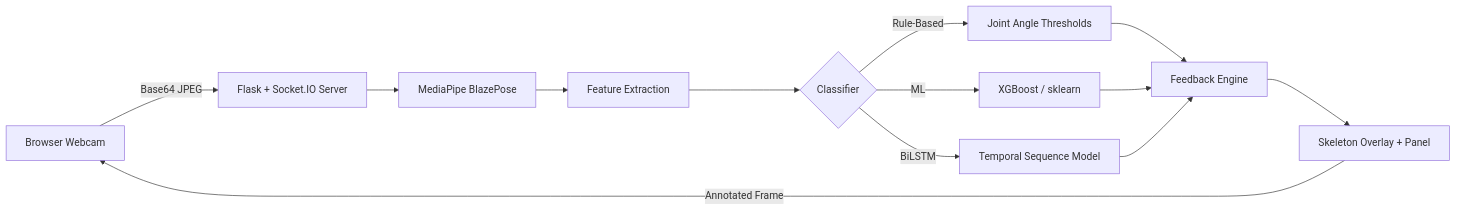
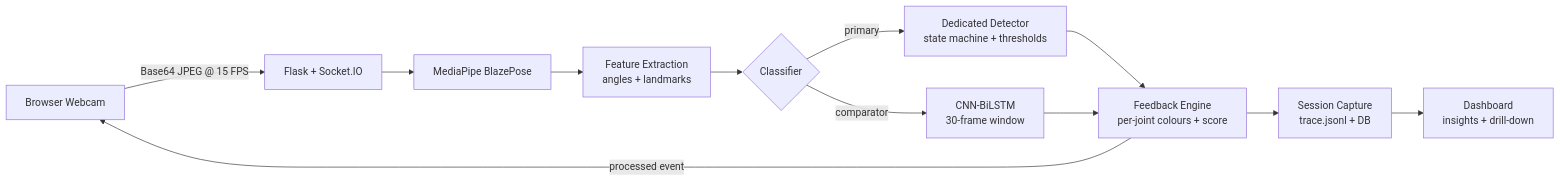
Before and after one commit to HamzaImdad/FYP_forma: the diagram in README.md, drawn with Mermaid. The commit also changed other lines of this file and 2 other files, not shown here.

````diff
--- a/README.md
+++ b/README.md
@@ -18,13 +19,13 @@
 ```mermaid
 graph LR
-    A[Browser Webcam] -->|Base64 JPEG| B[Flask + Socket.IO Server]
+    A[Browser Webcam] -->|Base64 JPEG @ 15 FPS| B[Flask + Socket.IO]
     B --> C[MediaPipe BlazePose]
-    C --> D[Feature Extraction]
+    C --> D[Feature Extraction<br/>angles + landmarks]
     D --> E{Classifier}
-    E -->|Rule-Based| F[Joint Angle Thresholds]
-    E -->|ML| G[XGBoost / sklearn]
-    E -->|BiLSTM| H[Temporal Sequence Model]
-    F & G & H --> I[Feedback Engine]
-    I --> J[Skeleton Overlay + Panel]
-    J -->|Annotated Frame| A
+    E -->|primary| F[Dedicated Detector<br/>state machine + thresholds]
+    E -->|comparator| G[CNN-BiLSTM<br/>30-frame window]
+    F & G --> H[Feedback Engine<br/>per-joint colours + score]
+    H --> I[Session Capture<br/>trace.jsonl + DB]
+    H -->|processed event| A
+    I --> J[Dashboard<br/>insights + drill-down]
 ```
````
